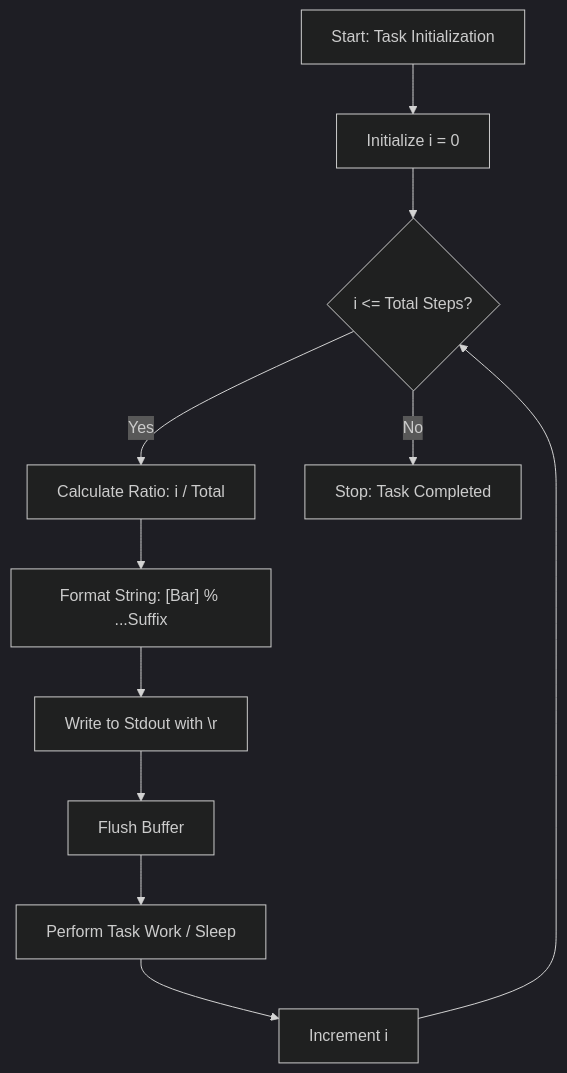
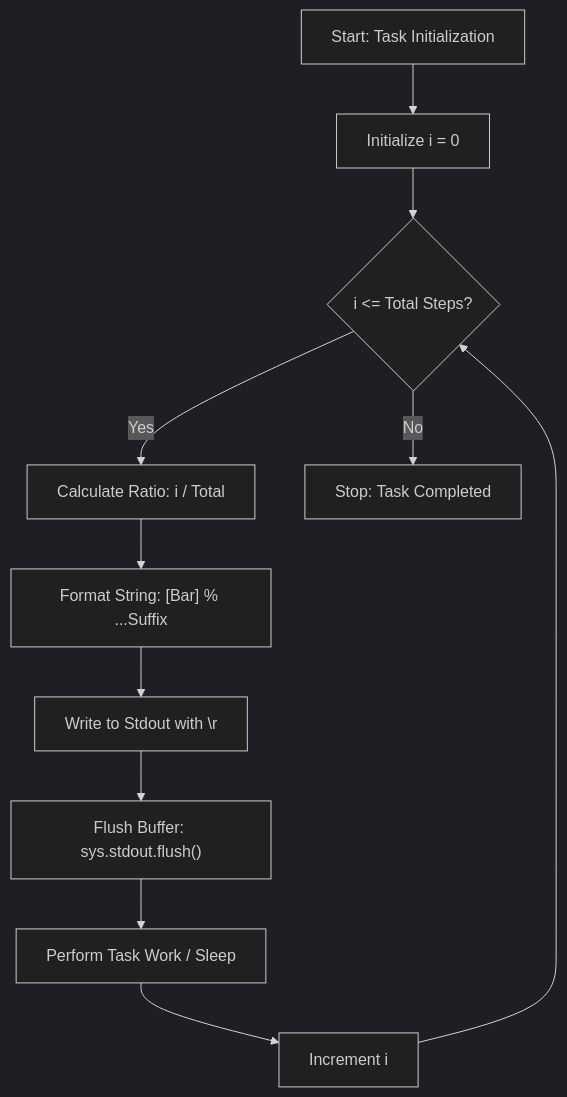
The first of 2 diagrams in Source Code/Progress Bar/README.md (Amey-Thakur/PYTHON-SHORTS), drawn with Mermaid (dark theme) before and after one commit. The commit also changed other lines of this file and 1 other file, not shown here.

````diff
--- a/Source Code/Progress Bar/README.md
+++ b/Source Code/Progress Bar/README.md
@@ -54,13 +57,13 @@
 ```mermaid
-graph TD
+flowchart TD
     A["Start: Task Initialization"] --> B["Initialize i = 0"]
     B --> C{"i <= Total Steps?"}
-    C -- Yes --> D["Calculate Ratio: i / Total"]
+    C -- "Yes" --> D["Calculate Ratio: i / Total"]
     D --> E["Format String: [Bar] % ...Suffix"]
     E --> F["Write to Stdout with \r"]
-    F --> G["Flush Buffer"]
+    F --> G["Flush Buffer: sys.stdout.flush()"]
     G --> H["Perform Task Work / Sleep"]
     H --> I["Increment i"]
     I --> C
-    C -- No --> J["Stop: Task Completed"]
+    C -- "No" --> J["Stop: Task Completed"]
 ```
````
